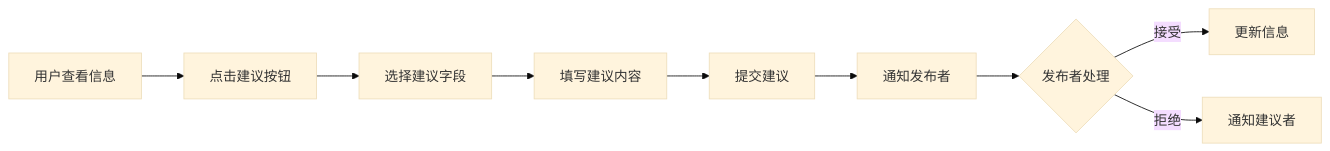
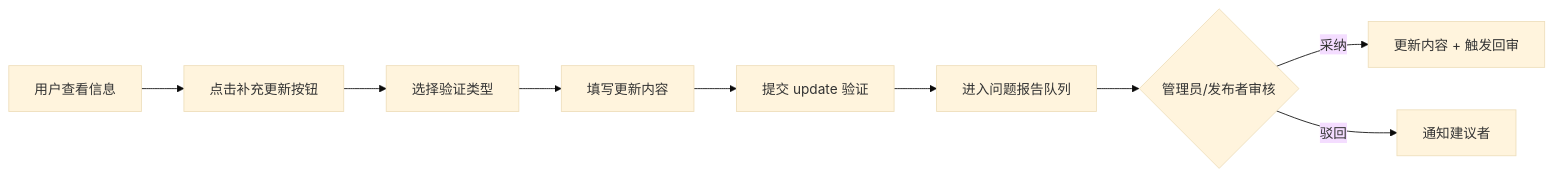
One commit to ChadBi/moment-campus-opengauss changed the fourth of 6 diagrams in docs/08_community_governance.md. Above: the diagram before and after it, drawn with Mermaid (base theme). The commit also changed other lines of this file and 17 other files, not shown here.

````diff
--- a/docs/08_community_governance.md
+++ b/docs/08_community_governance.md
@@ -212,11 +291,11 @@
 ```mermaid
 flowchart LR
-    A[用户查看信息] --> B[点击建议按钮]
-    B --> C[选择建议字段]
-    C --> D[填写建议内容]
-    D --> E[提交建议]
-    E --> F[通知发布者]
-    F --> G{发布者处理}
-    G -->|接受| H[更新信息]
-    G -->|拒绝| I[通知建议者]
+    A[用户查看信息] --> B[点击补充更新按钮]
+    B --> C[选择验证类型]
+    C --> D[填写更新内容]
+    D --> E[提交 update 验证]
+    E --> F[进入问题报告队列]
+    F --> G{管理员/发布者审核}
+    G -->|采纳| H[更新内容 + 触发回审]
+    G -->|驳回| I[通知建议者]
 ```
````
